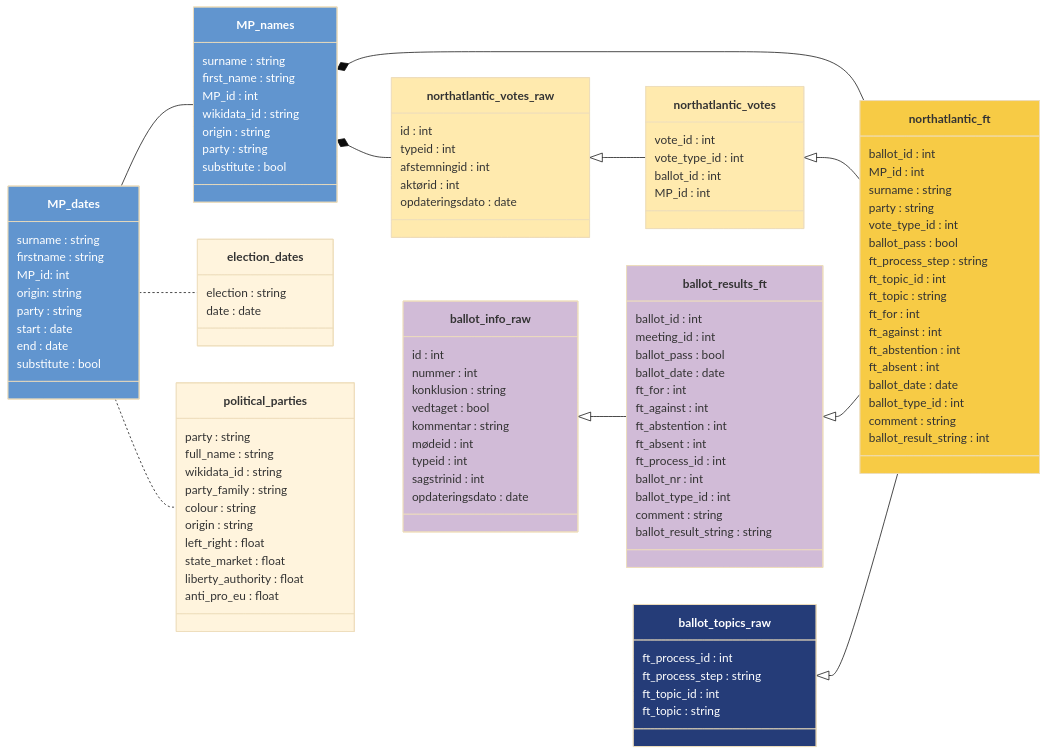
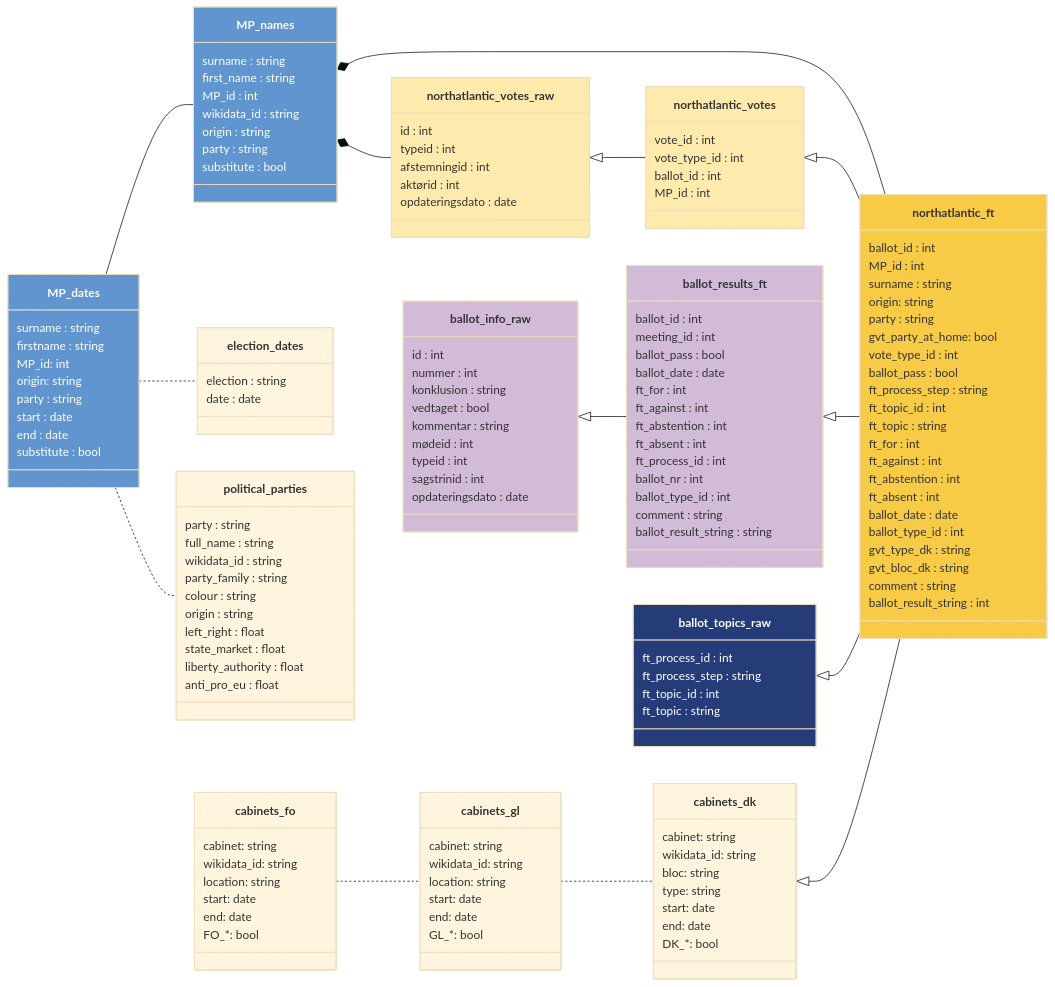
One commit to mtwente/nordatlantisk-ft changed the diagram in docs/codebook.qmd. Above: the diagram before and after it, drawn with Mermaid (base theme). The commit also changed other lines of this file and 31 other files, not shown here.

````diff
--- a/docs/codebook.qmd
+++ b/docs/codebook.qmd
@@ -141,11 +167,17 @@
 
     ballot_info_raw <|-- ballot_results_ft
 
+    cabinets_fo .. cabinets_gl
+    cabinets_gl .. cabinets_dk
+    cabinets_dk <|-- northatlantic_ft
+
     class northatlantic_ft {
         ballot_id : int
         MP_id : int
         surname : string
+        origin: string
         party : string
+        gvt_party_at_home: bool
         vote_type_id : int
         ballot_pass : bool
         ft_process_step : string
@@ -157,6 +189,8 @@
         ft_absent : int
         ballot_date : date
         ballot_type_id : int
+        gvt_type_dk : string
+        gvt_bloc_dk : string
         comment : string
         ballot_result_string : int
     }
@@ -250,6 +284,34 @@
         anti_pro_eu : float
     }
 
+    class cabinets_fo {
+      cabinet: string
+      wikidata_id: string
+      location: string
+      start: date
+      end: date
+      FO_&ast;: bool
+    }
+
+    class cabinets_gl {
+      cabinet: string
+      wikidata_id: string
+      location: string
+      start: date
+      end: date
+      GL_&ast;: bool
+    }
+
+    class cabinets_dk {
+      cabinet: string
+      wikidata_id: string
+      bloc: string
+      type: string
+      start: date
+      end: date
+      DK_&ast;: bool
+    }
+
 style ballot_info_raw fill:#D1BBD7
 style ballot_results_ft fill:#D1BBD7
 
@@ -270,5 +332,8 @@
 click ballot_info_raw href "#ballot_info_raw" "tooltip"
 click ballot_results_ft href "#ballot_results_ft" "tooltip"
 click ballot_topics_raw href "#ballot_topics_raw" "tooltip"
+click cabinets_fo href "#cabinets_fo" "tooltip"
+click cabinets_gl href "#cabinets_gl" "tooltip"
+click cabinets_dk href "#cabinets_dk" "tooltip"
 click northatlantic_ft href "#northatlantic_ft" "tooltip"
 ```
````
